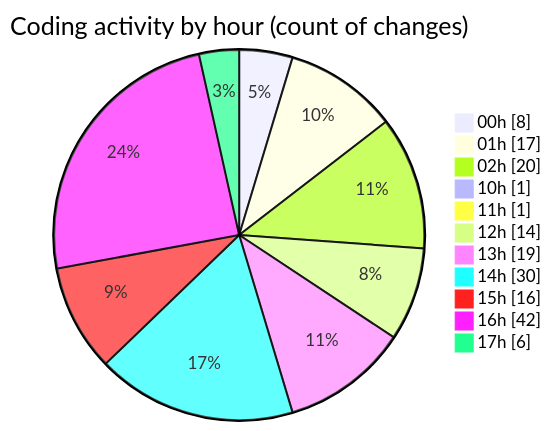
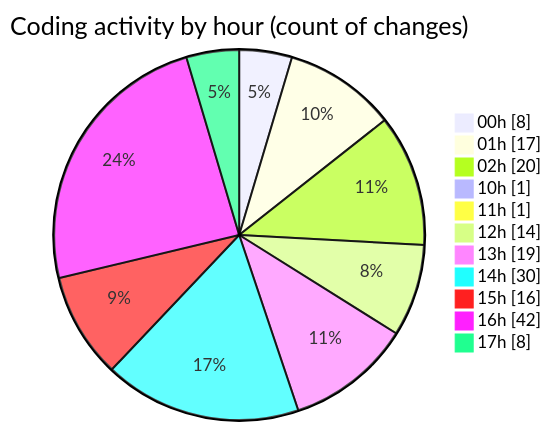
Before and after one commit to Elitesun/code-tracking: the second of 2 diagrams in 2025-05-02/niten/README.md, drawn with Mermaid. The commit also changed other lines of this file and 1 other file, not shown here.

````diff
--- a/2025-05-02/niten/README.md
+++ b/2025-05-02/niten/README.md
@@ -76,15 +76,15 @@
 ```mermaid
 pie showData
 title Coding activity by hour (count of changes)
 "00h" : 8
 "01h" : 17
 "02h" : 20
 "10h" : 1
 "11h" : 1
 "12h" : 14
 "13h" : 19
 "14h" : 30
 "15h" : 16
 "16h" : 42
-"17h" : 6
+"17h" : 8
 ```
````
